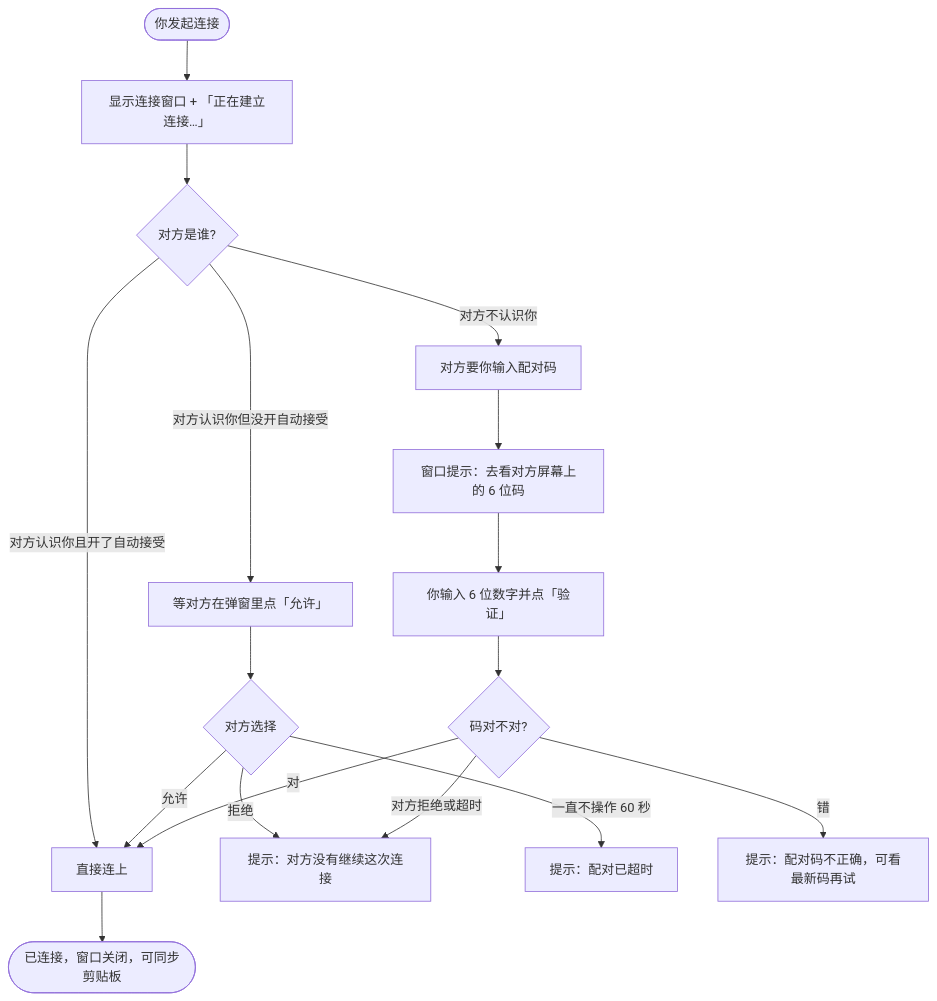
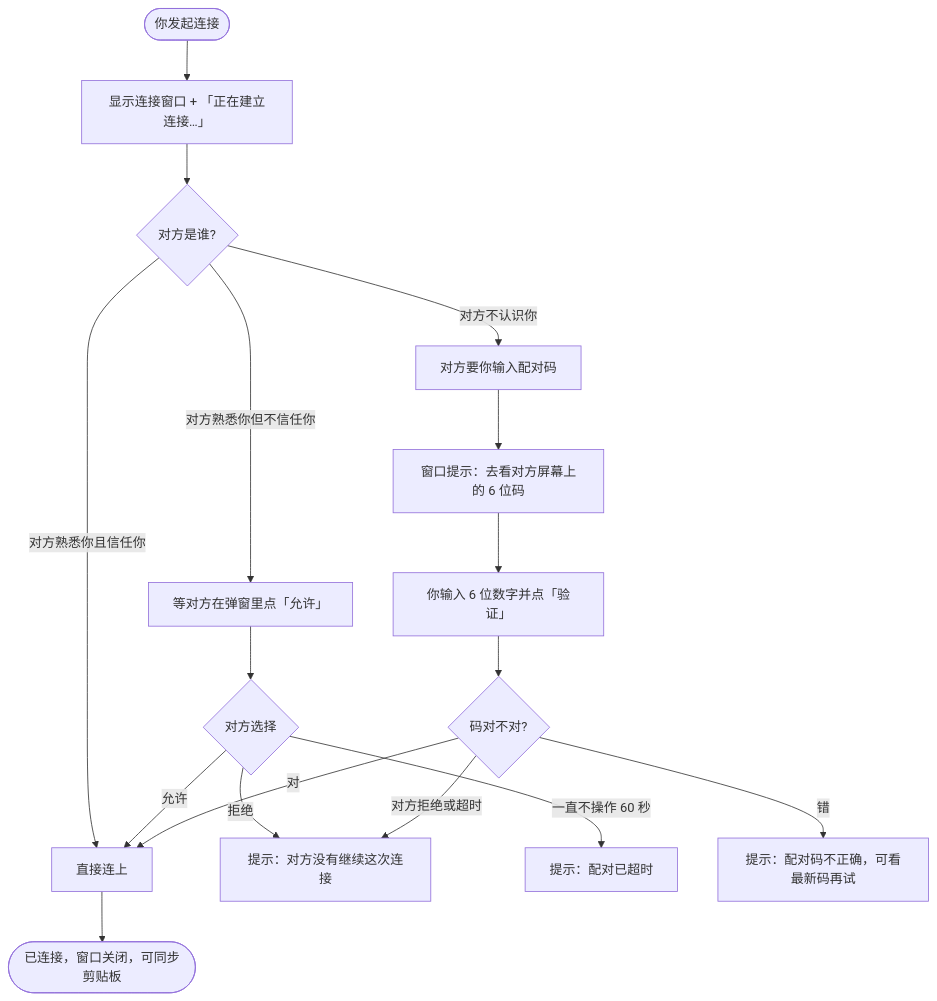
The third of 5 diagrams in CONNECTION.md (planarcat/planarclip), drawn with Mermaid before and after one commit. The commit also changed other lines of this file and 15 other files, not shown here.

````diff
--- a/CONNECTION.md
+++ b/CONNECTION.md
@@ -113,23 +129,23 @@
 ```mermaid
 flowchart TD
   Start([你发起连接]) --> Show[显示连接窗口 + 「正在建立连接…」]
   Show --> Branch{对方是谁?}
 
-  Branch -->|对方认识你且开了自动接受| Fast[直接连上]
-  Branch -->|对方认识你但没开自动接受| WaitConfirm[等对方在弹窗里点「允许」]
+  Branch -->|对方熟悉你且信任你| Fast[直接连上]
+  Branch -->|对方熟悉你但不信任你| WaitConfirm[等对方在弹窗里点「允许」]
   Branch -->|对方不认识你| NeedCode[对方要你输入配对码]
 
   WaitConfirm --> ConfirmResult{对方选择}
   ConfirmResult -->|允许| Fast
   ConfirmResult -->|拒绝| Rejected[提示：对方没有继续这次连接]
   ConfirmResult -->|一直不操作 60 秒| Timeout[提示：配对已超时]
 
   NeedCode --> ShowCode[窗口提示：去看对方屏幕上的 6 位码]
   ShowCode --> Input[你输入 6 位数字并点「验证」]
   Input --> CodeResult{码对不对?}
   CodeResult -->|对| Fast
   CodeResult -->|错| WrongCode[提示：配对码不正确，可看最新码再试]
   CodeResult -->|对方拒绝或超时| Rejected
 
   Fast --> Done([已连接，窗口关闭，可同步剪贴板])
 ```
````
